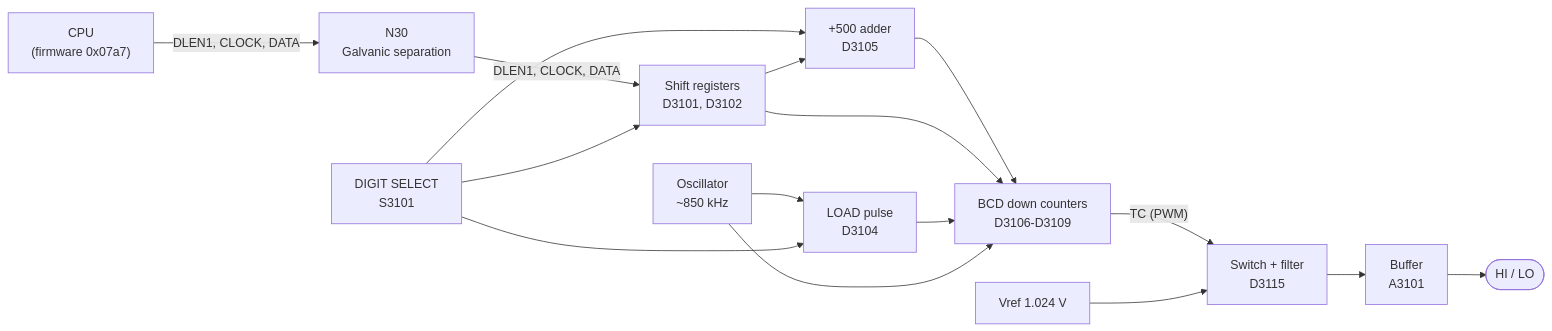
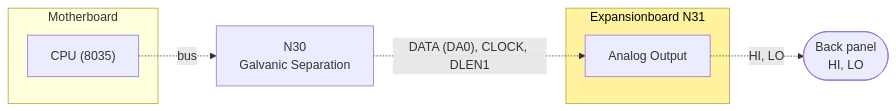
The diagram in Deepdive/N31/README.md (deqit/PhilipsPM2528), drawn with Mermaid before and after one commit. The commit also changed other lines of this file and 91 other files, not shown here.

````diff
--- a/Deepdive/N31/README.md
+++ b/Deepdive/N31/README.md
@@ -14,18 +17,15 @@
 ```mermaid
 flowchart LR
-    CPU["CPU<br/>(firmware 0x07a7)"] -- "DLEN1, CLOCK, DATA" --> N30["N30<br/>Galvanic separation"]
-    N30 -- "DLEN1, CLOCK, DATA" --> SR["Shift registers<br/>D3101, D3102"]
-    S3101["DIGIT SELECT<br/>S3101"] --> SR
-    S3101 --> ADD["+500 adder<br/>D3105"]
-    SR --> ADD
-    ADD --> CNT["BCD down counters<br/>D3106-D3109"]
-    SR --> CNT
-    OSC["Oscillator<br/>~850 kHz"] --> LOAD["LOAD pulse<br/>D3104"]
-    S3101 --> LOAD
-    LOAD --> CNT
-    OSC --> CNT
-    CNT -- "TC (PWM)" --> SW["Switch + filter<br/>D3115"]
-    VREF["Vref 1.024 V"] --> SW
-    SW --> BUF["Buffer<br/>A3101"]
-    BUF --> OUT(["HI / LO"])
+    subgraph N1["Motherboard"]
+        CPU["CPU (8035)"]
+    end
+    N30["N30<br/>Galvanic Separation"]
+    subgraph N31["Expansionboard N31"]
+        AO["Analog Output"]
+    end
+    OUT(["Back panel<br/>HI, LO"])
+    CPU -. "bus" .-> N30
+    N30 -. "DATA (DA0), CLOCK, DLEN1" .-> AO
+    AO -. "HI, LO" .-> OUT
+    style N31 fill:#fff3a0,color:#000
 ```
````
